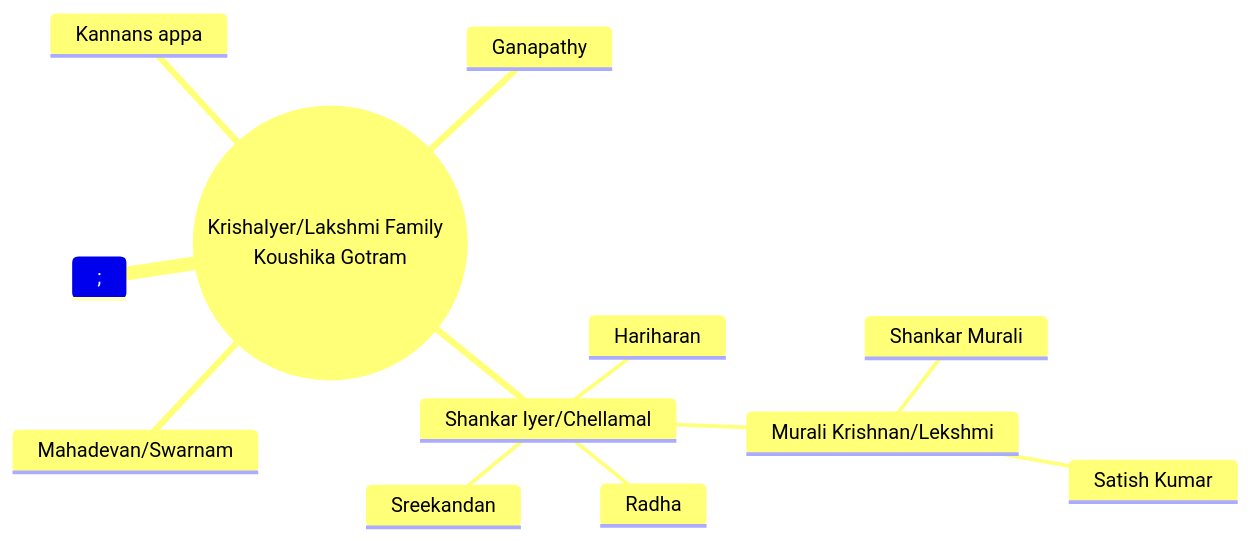
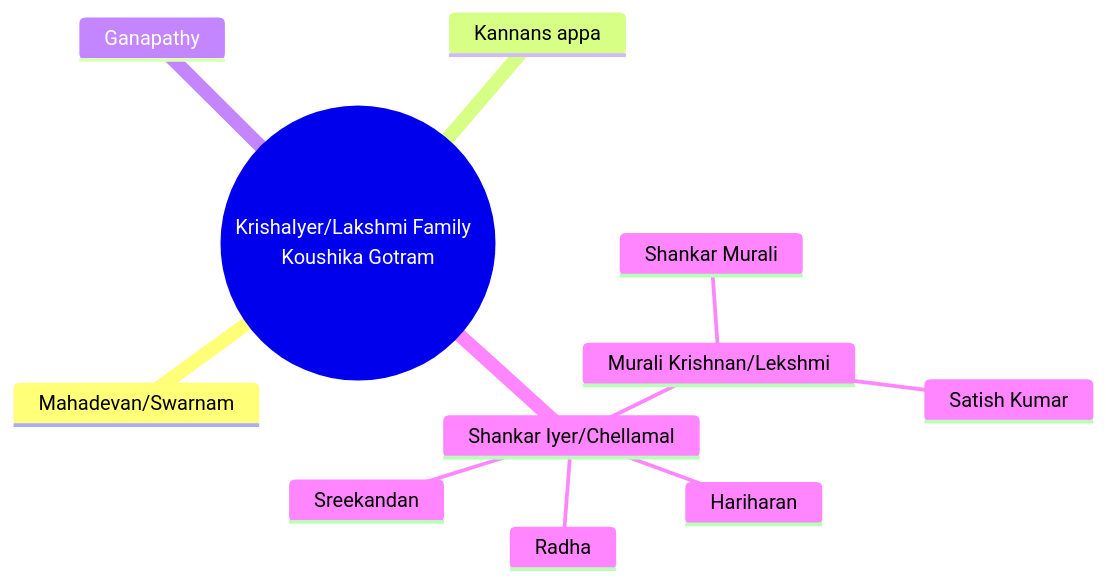
The diagram in FamilyLineage.md (shkgiri/FamilyLineage), drawn with Mermaid before and after one commit.

````diff
--- a/FamilyLineage.md
+++ b/FamilyLineage.md
@@ -3,14 +3,14 @@
 ```mermaid
-mindmap;
+mindmap
   root((KrishaIyer/Lakshmi Family  Koushika Gotram))
        Mahadevan/Swarnam
        Kannans appa
        Ganapathy
        Shankar Iyer/Chellamal
         Murali Krishnan/Lekshmi
          Shankar Murali
          Satish Kumar
         Hariharan
         Sreekandan
         Radha
 ```
````
